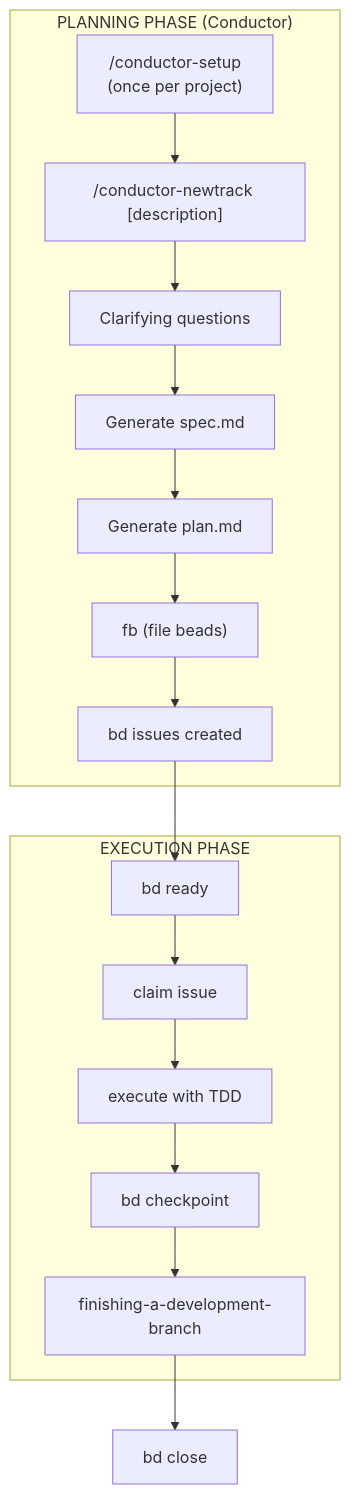
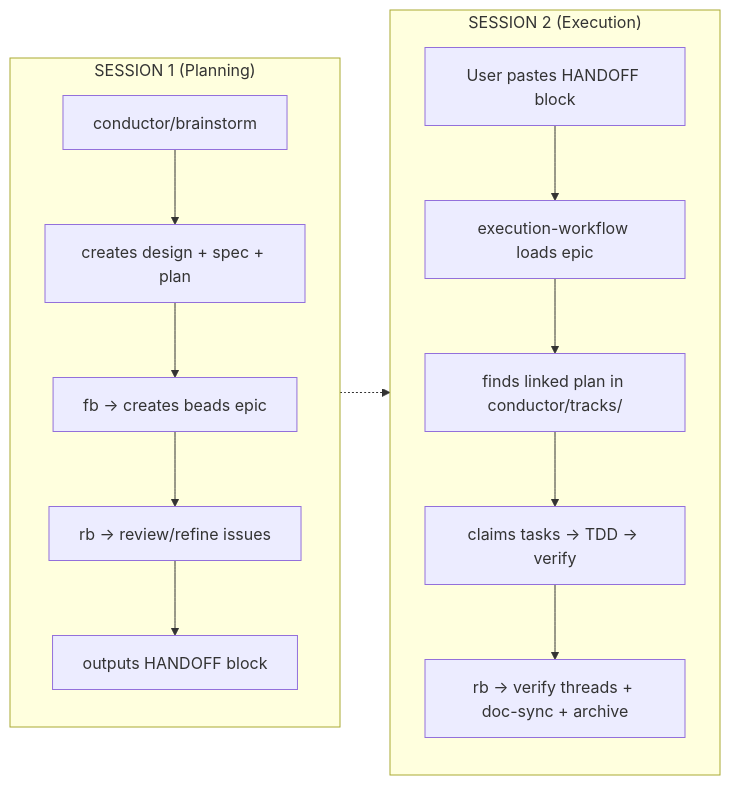
The diagram in README.md (ReinaMacCredy/maestro), drawn with Mermaid before and after one commit.

Commit message:
feat: revise workflow pipeline diagram to illustrate new two-session process.

````diff
--- a/README.md
+++ b/README.md
@@ -211,35 +211,32 @@
 ```mermaid
-flowchart TD
-    subgraph PLANNING["PLANNING PHASE (Conductor)"]
-        setup["/conductor-setup<br/>(once per project)"]
-        newtrack["/conductor-newtrack [description]"]
-        questions["Clarifying questions"]
-        spec["Generate spec.md"]
-        plan["Generate plan.md"]
-        filebeads["fb (file beads)"]
-        issues["bd issues created"]
+flowchart LR
+    subgraph SESSION1["SESSION 1 (Planning)"]
+        direction TB
+        brainstorm["conductor/brainstorm"]
+        design["creates design + spec + plan"]
+        fb["fb → creates beads epic"]
+        rb1["rb → review/refine issues"]
+        handoff["outputs HANDOFF block"]
         
-        setup --> newtrack
-        newtrack --> questions
-        questions --> spec
-        spec --> plan
-        plan --> filebeads
-        filebeads --> issues
+        brainstorm --> design
+        design --> fb
+        fb --> rb1
+        rb1 --> handoff
     end
     
-    subgraph EXECUTION["EXECUTION PHASE"]
-        ready["bd ready"]
-        claim["claim issue"]
-        tdd["execute with TDD"]
-        checkpoint["bd checkpoint"]
-        finish["finishing-a-development-branch"]
+    subgraph SESSION2["SESSION 2 (Execution)"]
+        direction TB
+        paste["User pastes HANDOFF block"]
+        load["execution-workflow loads epic"]
+        find["finds linked plan in conductor/tracks/"]
+        tdd["claims tasks → TDD → verify"]
+        rb2["rb → verify threads + doc-sync + archive"]
         
-        ready --> claim
-        claim --> tdd
-        tdd --> checkpoint
-        checkpoint --> finish
+        paste --> load
+        load --> find
+        find --> tdd
+        tdd --> rb2
     end
     
-    issues --> ready
-    finish --> close["bd close"]
+    handoff -.-> paste
 ```
````
